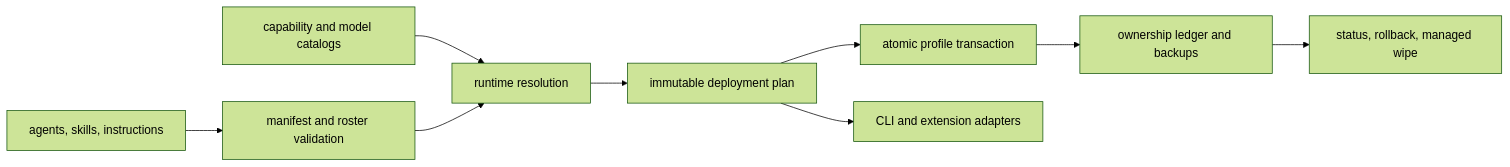
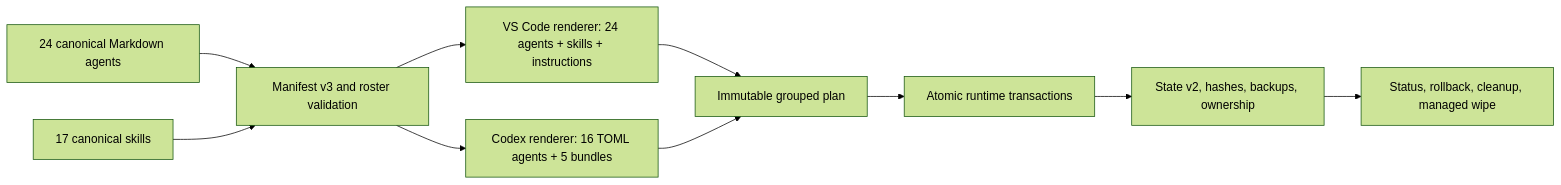
One commit to rMartine/agent-forge changed the diagram in project_docs/architecture/architecture.md. Above: the diagram before and after it, drawn with Mermaid (forest theme). The commit also changed other lines of this file and 17 other files, not shown here.

Commit message:
docs(codex): document IDE integration and managed migration

````diff
--- a/project_docs/architecture/architecture.md
+++ b/project_docs/architecture/architecture.md
@@ -7,11 +7,12 @@
 ```mermaid
 flowchart LR
-  A["agents, skills, instructions"] --> V["manifest and roster validation"]
-  C["capability and model catalogs"] --> R["runtime resolution"]
-  V --> R
-  R --> P["immutable deployment plan"]
-  P --> T["atomic profile transaction"]
-  T --> L["ownership ledger and backups"]
-  L --> S["status, rollback, managed wipe"]
-  P --> X["CLI and extension adapters"]
+  A["24 canonical Markdown agents"] --> V["Manifest v3 and roster validation"]
+  S["17 canonical skills"] --> V
+  V --> C["VS Code renderer: 24 agents + skills + instructions"]
+  V --> O["Codex renderer: 16 TOML agents + 5 bundles"]
+  C --> P["Immutable grouped plan"]
+  O --> P
+  P --> T["Atomic runtime transactions"]
+  T --> L["State v2, hashes, backups, ownership"]
+  L --> R["Status, rollback, cleanup, managed wipe"]
 ```
````
